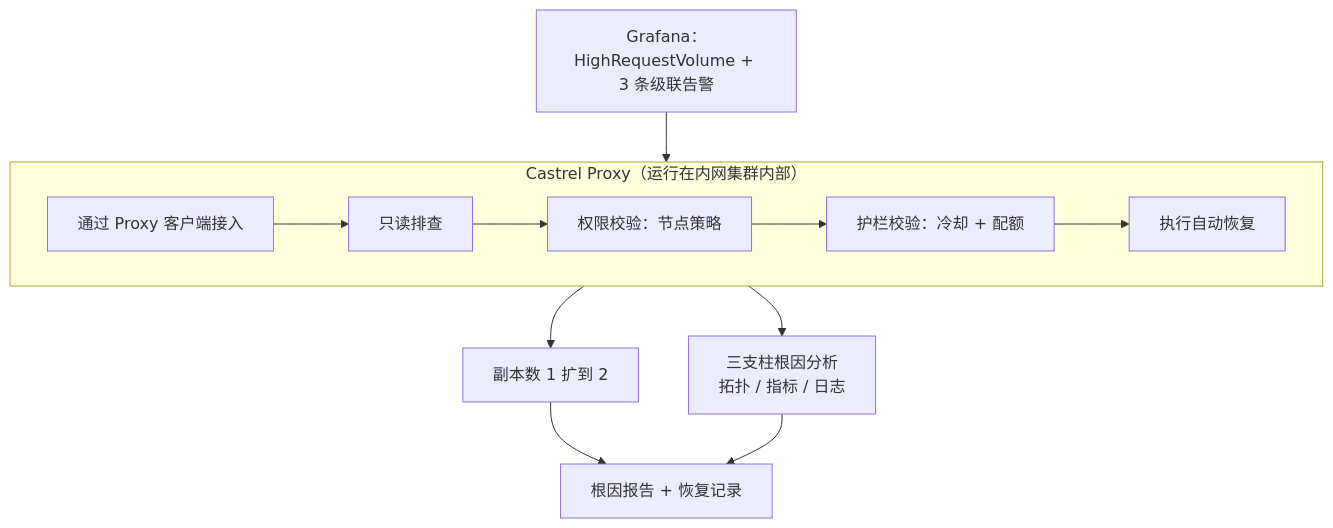
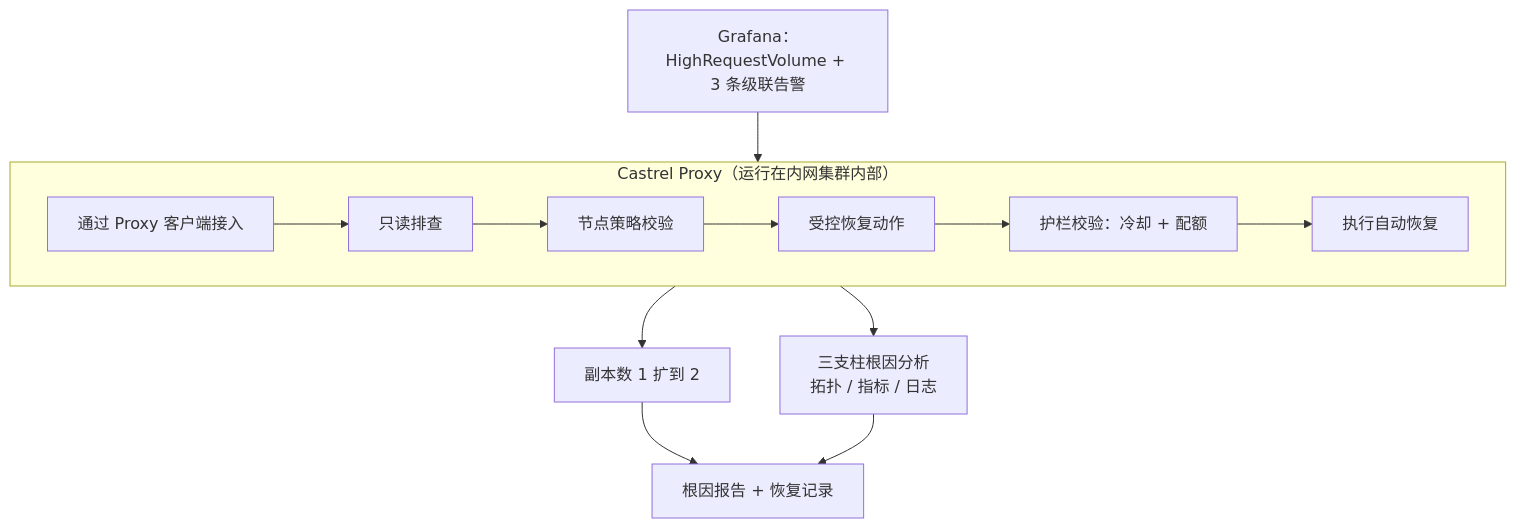
The diagram in content/zh/blogs/3.castrel-proxy-automated-recovery.md (castrel-ai/castrel-landing), drawn with Mermaid before and after one commit. The commit also changed other lines of this file and 2 other files, not shown here.

````diff
--- a/content/zh/blogs/3.castrel-proxy-automated-recovery.md
+++ b/content/zh/blogs/3.castrel-proxy-automated-recovery.md
@@ -47,18 +47,19 @@
 ```mermaid
 graph TB
     A[Grafana：HighRequestVolume + 3 条级联告警] --> B
 
     subgraph P["Castrel Proxy（运行在内网集群内部）"]
         direction LR
         B[通过 Proxy 客户端接入] --> C[只读排查]
-        C --> D[权限校验：节点策略]
-        D --> E[护栏校验：冷却 + 配额]
-        E --> F[执行自动恢复]
+        C --> D[节点策略校验]
+        D --> E[受控恢复动作]
+        E --> F[护栏校验：冷却 + 配额]
+        F --> H[执行自动恢复]
     end
 
     C --> G["三支柱根因分析<br/>拓扑 / 指标 / 日志"]
-    F --> H[副本数 1 扩到 2]
-    H --> I[根因报告 + 恢复记录]
+    H --> I[副本数 1 扩到 2]
+    I --> J[根因报告 + 恢复记录]
 
-    G --> I
+    G --> J
 ```
````
